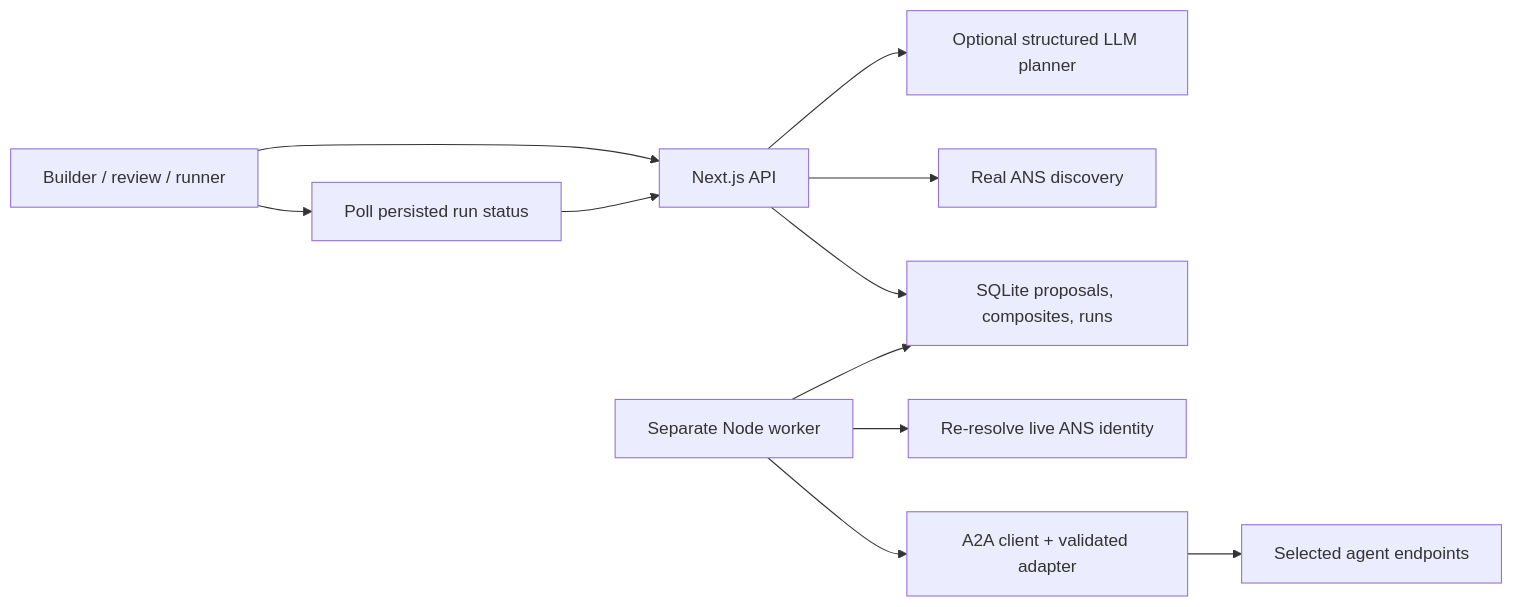
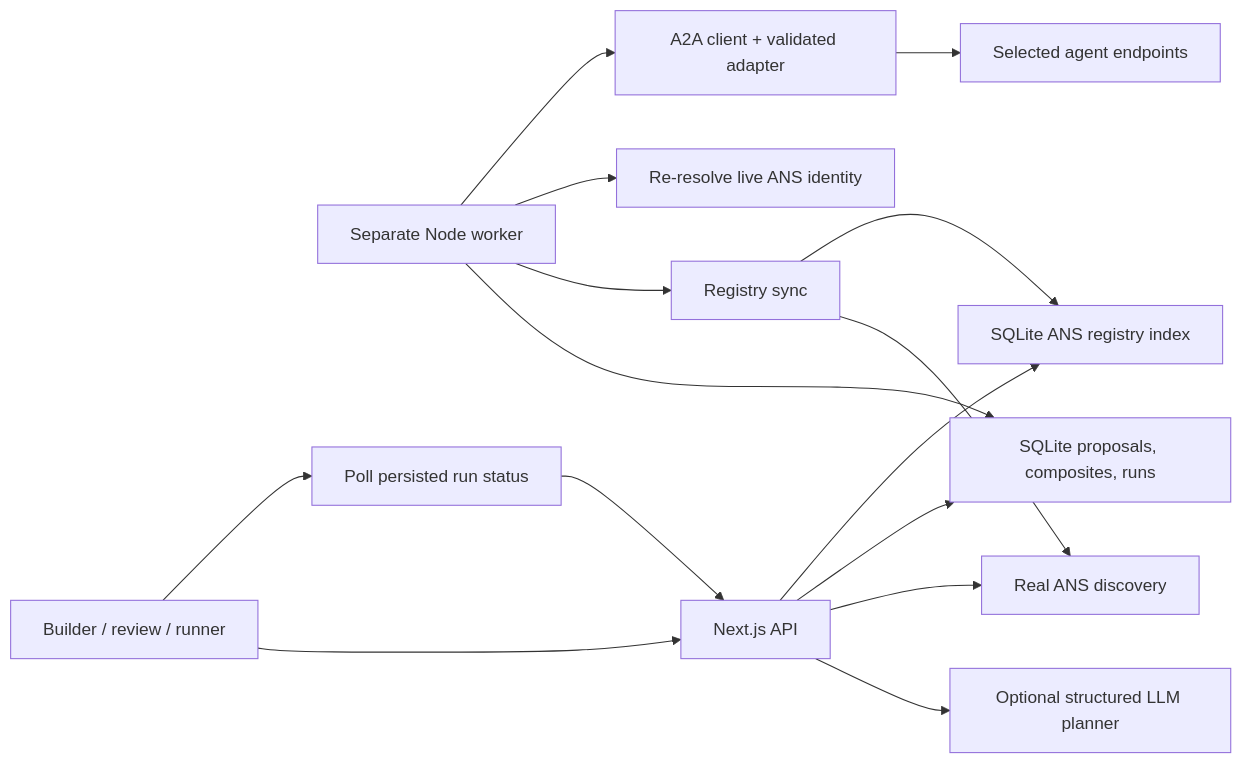
One commit to Ausnoa/Agent-Hub-VTHax14 changed the diagram in docs/ARCHITECTURE.md. Above: the diagram before and after it, drawn with Mermaid. The commit also changed other lines of this file and 9 other files, not shown here.

````diff
--- a/docs/ARCHITECTURE.md
+++ b/docs/ARCHITECTURE.md
@@ -3,13 +3,17 @@
 ```mermaid
 flowchart LR
   Browser["Builder / review / runner"] --> API["Next.js API"]
   API --> Planner["Optional structured LLM planner"]
   API --> ANS["Real ANS discovery"]
   API --> DB["SQLite proposals, composites, runs"]
   Worker["Separate Node worker"] --> DB
+  Worker --> Sync["Registry sync"]
+  Sync --> ANS
+  Sync --> Index["SQLite ANS registry index"]
+  API --> Index
   Worker --> Resolve["Re-resolve live ANS identity"]
   Worker --> A2A["A2A client + validated adapter"]
   A2A --> Agents["Selected agent endpoints"]
   Browser --> Poll["Poll persisted run status"]
   Poll --> API
 ```
````
